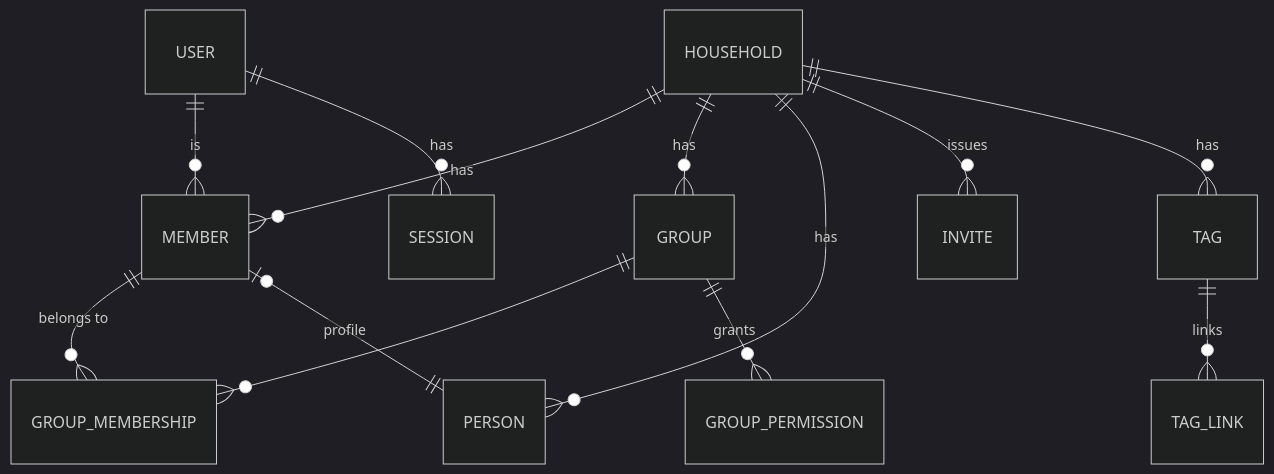
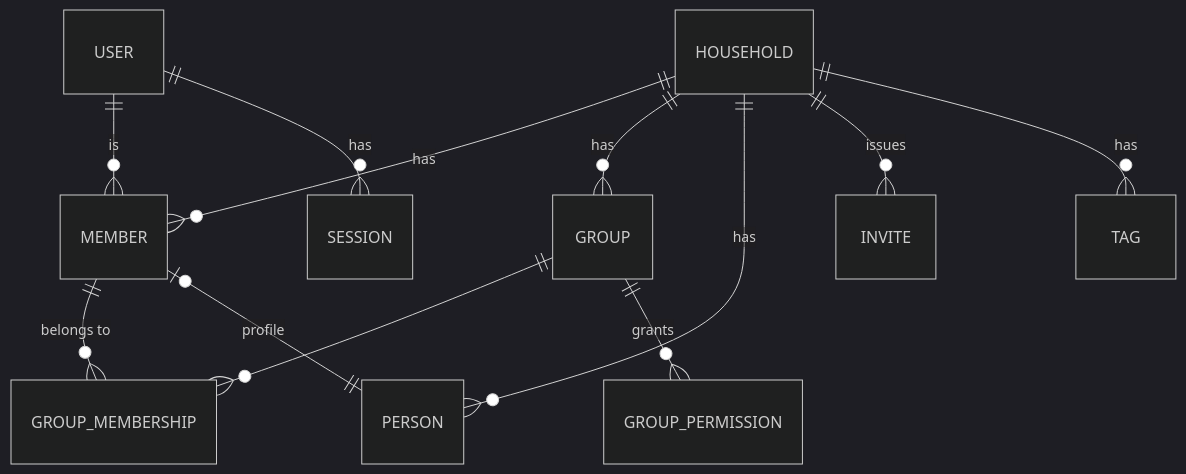
One commit to hiraise/Lares changed the first of 5 diagrams in docs/domain/model.md. Above: the diagram before and after it, drawn with Mermaid (dark theme). The commit also changed other lines of this file and 18 other files, not shown here.

````diff
--- a/docs/domain/model.md
+++ b/docs/domain/model.md
@@ -17,15 +17,14 @@
 ```mermaid
 erDiagram
     USER ||--o{ MEMBER : "is"
     HOUSEHOLD ||--o{ MEMBER : "has"
     HOUSEHOLD ||--o{ GROUP : "has"
     GROUP ||--o{ GROUP_MEMBERSHIP : ""
     MEMBER ||--o{ GROUP_MEMBERSHIP : "belongs to"
     GROUP ||--o{ GROUP_PERMISSION : "grants"
     HOUSEHOLD ||--o{ PERSON : "has"
     MEMBER |o--|| PERSON : "profile"
     HOUSEHOLD ||--o{ INVITE : "issues"
     USER ||--o{ SESSION : "has"
     HOUSEHOLD ||--o{ TAG : "has"
-    TAG ||--o{ TAG_LINK : "links"
 ```
````
